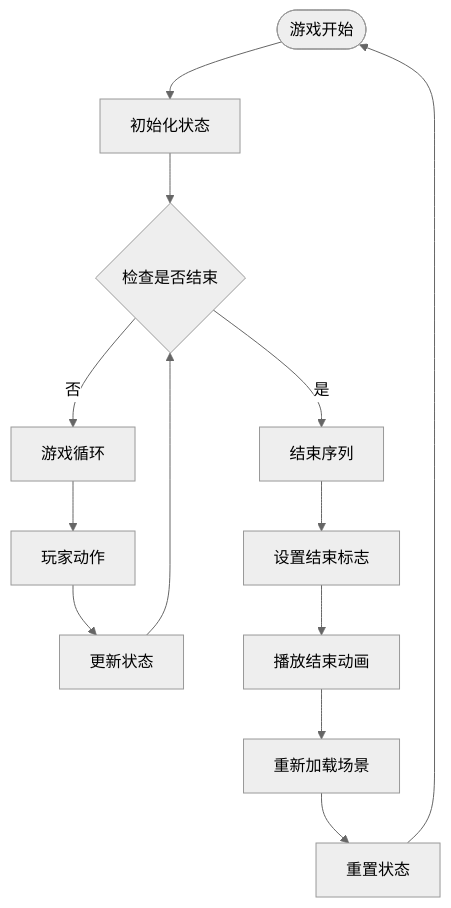
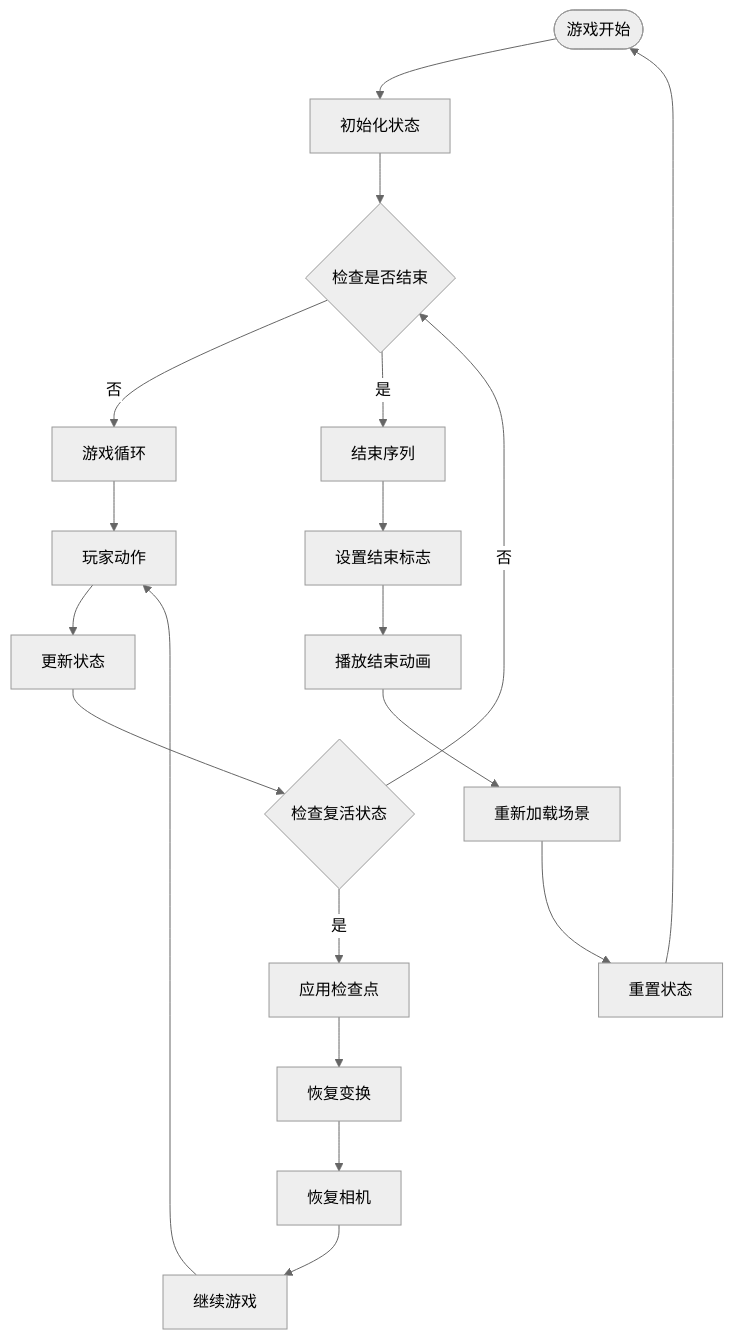
One commit to godotline/godot-line changed the fifth of 7 diagrams in .qoder/repowiki/zh/content/游戏系统/触发器系统/结局触发器.md. Above: the diagram before and after it, drawn with Mermaid (neutral theme). The commit also changed other lines of this file and 7 other files, not shown here.

````diff
--- a/.qoder/repowiki/zh/content/游戏系统/触发器系统/结局触发器.md
+++ b/.qoder/repowiki/zh/content/游戏系统/触发器系统/结局触发器.md
@@ -276,15 +342,21 @@
 ```mermaid
 flowchart TD
 Start([游戏开始]) --> InitState[初始化状态]
 InitState --> CheckEnd{检查是否结束}
 CheckEnd --> |否| GameLoop[游戏循环]
 CheckEnd --> |是| EndSequence[结束序列]
 GameLoop --> PlayerAction[玩家动作]
 PlayerAction --> UpdateState[更新状态]
-UpdateState --> CheckEnd
+UpdateState --> CheckRelive{检查复活状态}
+CheckRelive --> |是| ApplyCheckpoint[应用检查点]
+CheckRelive --> |否| CheckEnd
+ApplyCheckpoint --> RestoreTransform[恢复变换]
+RestoreTransform --> RestoreCamera[恢复相机]
+RestoreCamera --> ContinueGame[继续游戏]
+ContinueGame --> PlayerAction
 EndSequence --> SetEndFlag[设置结束标志]
 SetEndFlag --> PlayAnimation[播放结束动画]
 PlayAnimation --> ReloadScene[重新加载场景]
 ReloadScene --> ResetState[重置状态]
 ResetState --> Start
 ```
````
